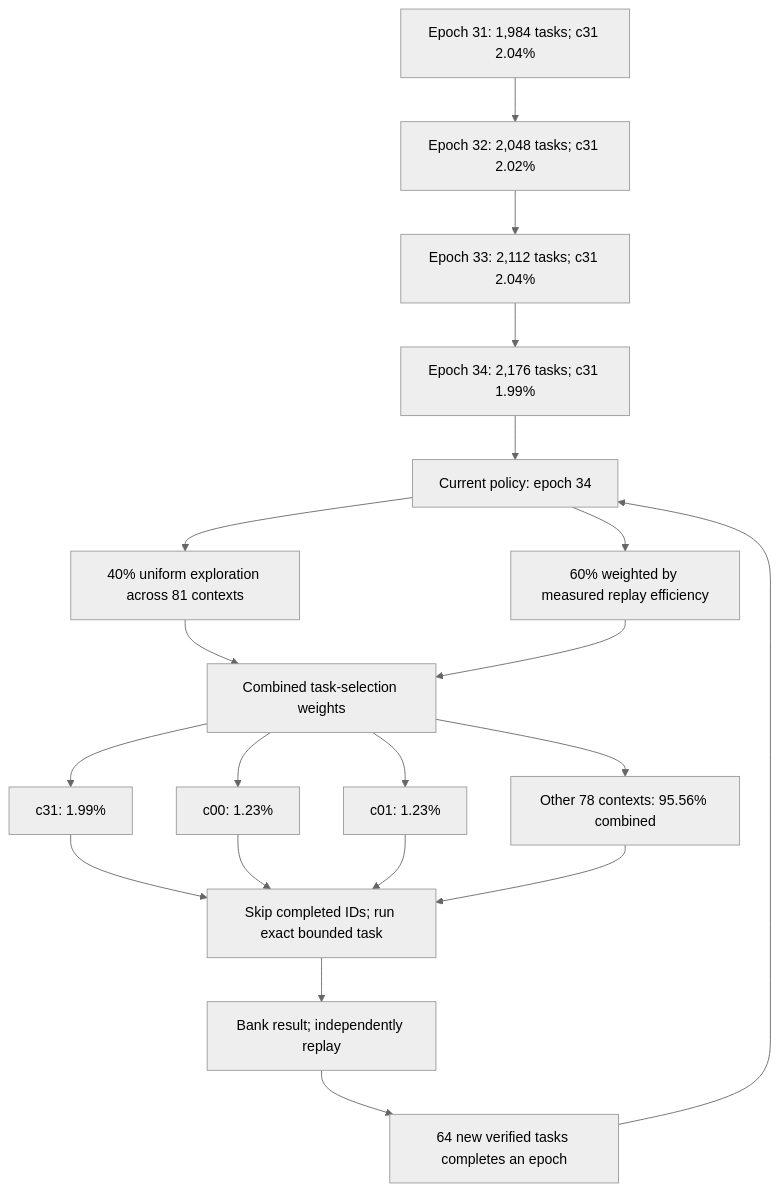
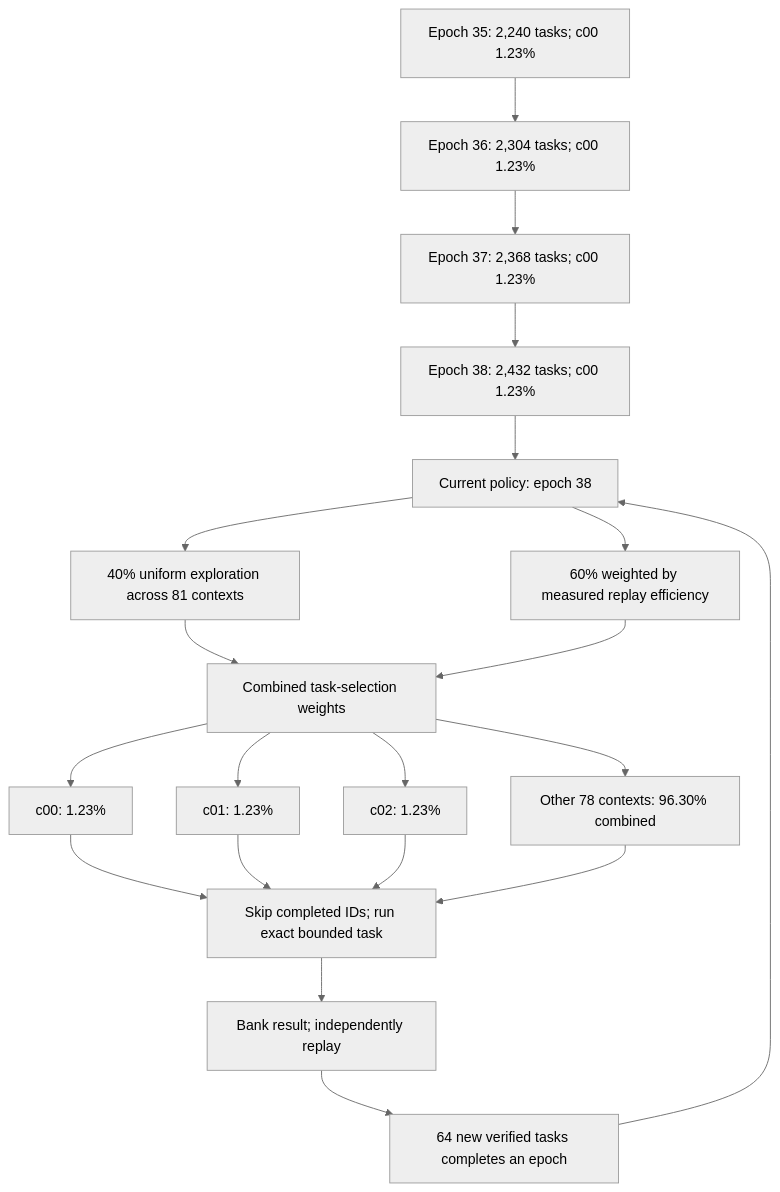
One commit to Kuberwastaken/math-gambling changed the diagram in README.md. Above: the diagram before and after it, drawn with Mermaid (neutral theme). The commit also changed other lines of this file and 596 other files, not shown here.

````diff
--- a/README.md
+++ b/README.md
@@ -48,27 +48,27 @@
 ```mermaid
 flowchart TD
-    H0["Epoch 31: 1,984 tasks; c31 2.04%"]
-    H1["Epoch 32: 2,048 tasks; c31 2.02%"]
+    H0["Epoch 35: 2,240 tasks; c00 1.23%"]
+    H1["Epoch 36: 2,304 tasks; c00 1.23%"]
     H0 --> H1
-    H2["Epoch 33: 2,112 tasks; c31 2.04%"]
+    H2["Epoch 37: 2,368 tasks; c00 1.23%"]
     H1 --> H2
-    H3["Epoch 34: 2,176 tasks; c31 1.99%"]
+    H3["Epoch 38: 2,432 tasks; c00 1.23%"]
     H2 --> H3
-    Policy["Current policy: epoch 34"]
+    Policy["Current policy: epoch 38"]
     H3 --> Policy
     Policy --> Explore["40% uniform exploration across 81 contexts"]
     Policy --> Cost["60% weighted by measured replay efficiency"]
     Explore --> Mix["Combined task-selection weights"]
     Cost --> Mix
-    Mix --> C0["c31: 1.99%"]
-    Mix --> C1["c00: 1.23%"]
-    Mix --> C2["c01: 1.23%"]
-    Mix --> Rest["Other 78 contexts: 95.56% combined"]
+    Mix --> C0["c00: 1.23%"]
+    Mix --> C1["c01: 1.23%"]
+    Mix --> C2["c02: 1.23%"]
+    Mix --> Rest["Other 78 contexts: 96.30% combined"]
     C0 --> Check["Skip completed IDs; run exact bounded task"]
     C1 --> Check
     C2 --> Check
     Rest --> Check
     Check --> Replay["Bank result; independently replay"]
     Replay --> Gate["64 new verified tasks completes an epoch"]
     Gate --> Policy
 ```
````
